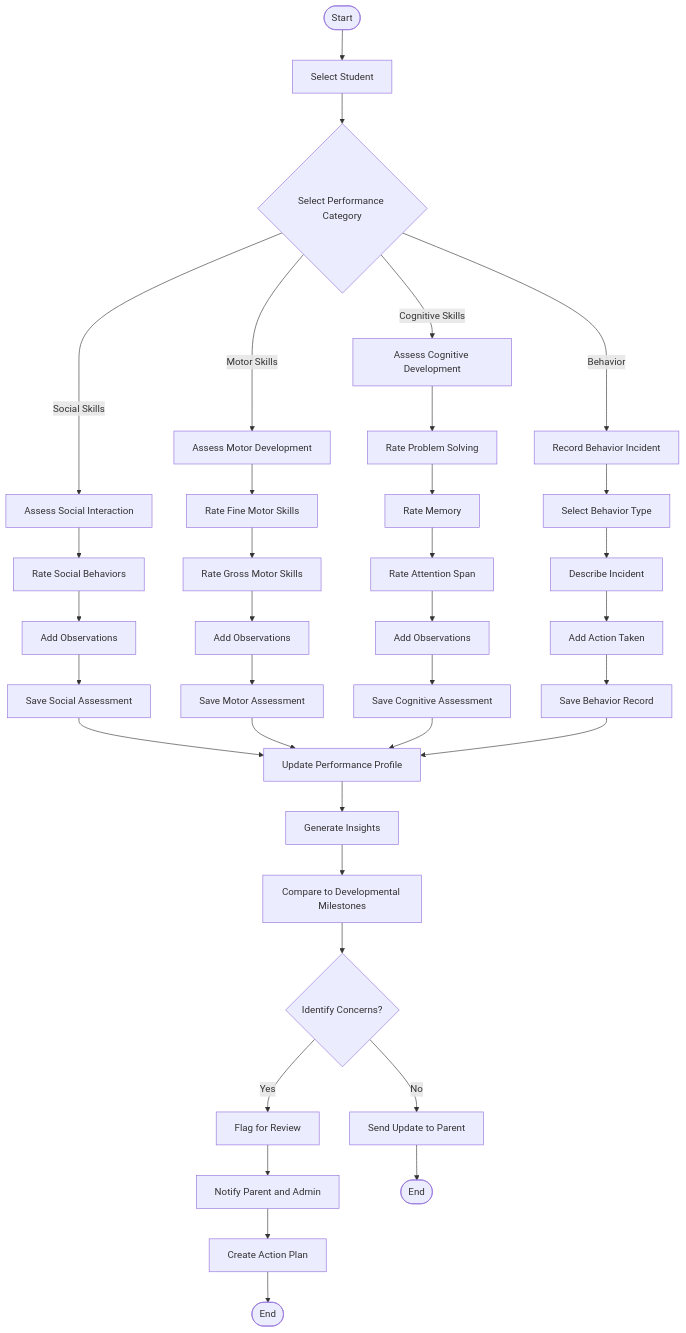
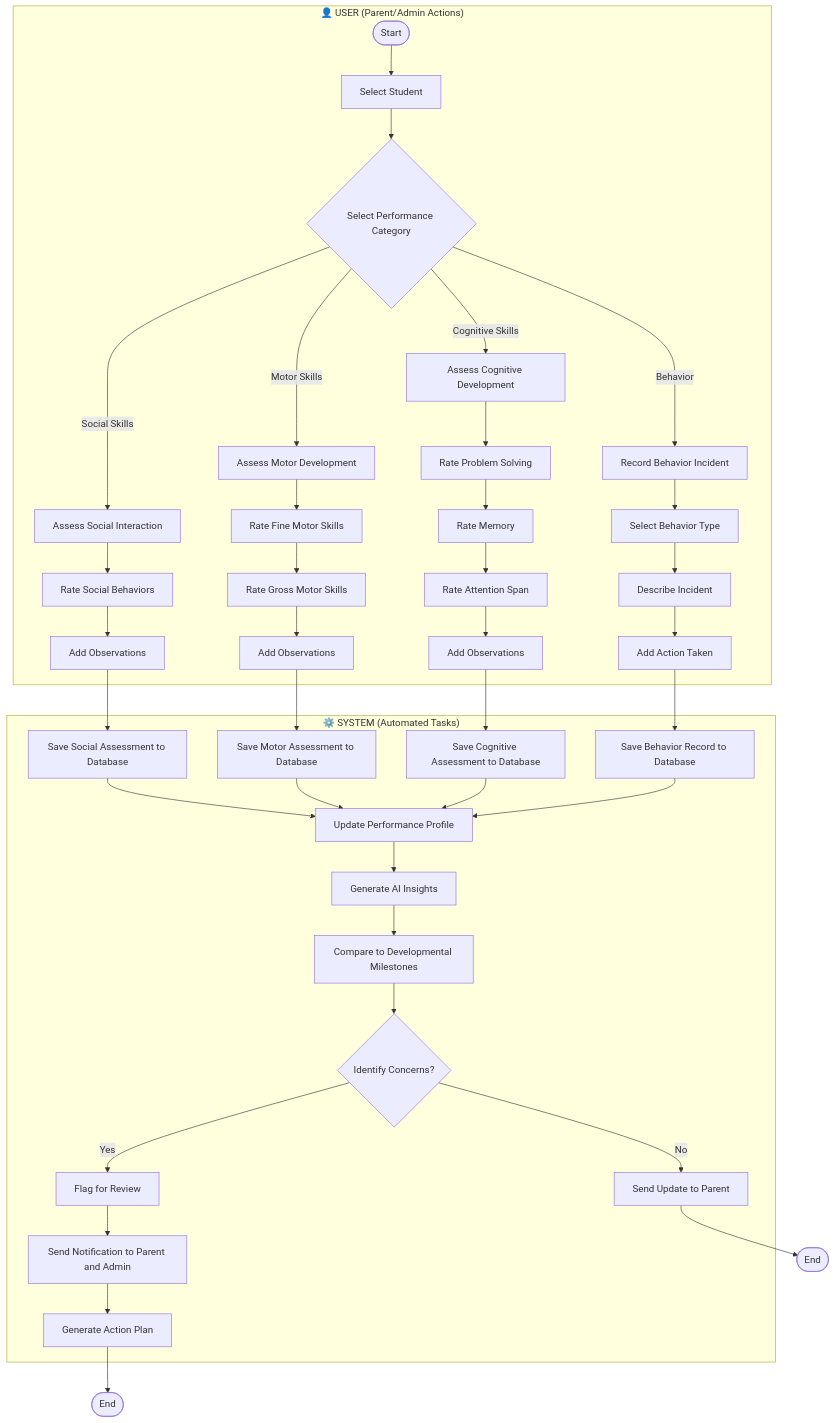
One commit to TongYwen/childfyp5 changed the tenth of 18 diagrams in diagrams.md. Above: the diagram before and after it, drawn with Mermaid. The commit also changed other lines of this file, not shown here.

First line of the commit message:
Add swimlanes to all activity diagrams (4.2.1-4.2.6) to distinguish user vs system tasks

````diff
--- a/diagrams.md
+++ b/diagrams.md
@@ -370,44 +494,81 @@
 ```mermaid
 flowchart TD
-    Start([Start]) --> SelectStudent[Select Student]
-    SelectStudent --> SelectCategory{Select Performance Category}
+    subgraph User["👤 USER (Parent/Admin Actions)"]
+        Start([Start])
+        SelectStudent[Select Student]
+        SelectCategory{Select Performance Category}
+        AssessSocial[Assess Social Interaction]
+        RateSocial[Rate Social Behaviors]
+        AddObs1[Add Observations]
+        AssessMotor[Assess Motor Development]
+        RateFineMotor[Rate Fine Motor Skills]
+        RateGrossMotor[Rate Gross Motor Skills]
+        AddObs2[Add Observations]
+        AssessCognitive[Assess Cognitive Development]
+        RateProblem[Rate Problem Solving]
+        RateMemory[Rate Memory]
+        RateAttention[Rate Attention Span]
+        AddObs3[Add Observations]
+        RecordBehavior[Record Behavior Incident]
+        SelectBehaviorType[Select Behavior Type]
+        DescribeIncident[Describe Incident]
+        AddAction[Add Action Taken]
+    end
 
-    SelectCategory -->|Social Skills| AssessSocial[Assess Social Interaction]
-    AssessSocial --> RateSocial[Rate Social Behaviors]
-    RateSocial --> AddObservations1[Add Observations]
-    AddObservations1 --> SaveSocial
+    subgraph System["⚙️ SYSTEM (Automated Tasks)"]
+        SaveSocial[Save Social Assessment to Database]
+        SaveMotor[Save Motor Assessment to Database]
+        SaveCognitive[Save Cognitive Assessment to Database]
+        SaveBehavior[Save Behavior Record to Database]
+        UpdateProfile[Update Performance Profile]
+        GenerateInsights[Generate AI Insights]
+        CompareMilestones[Compare to Developmental Milestones]
+        CheckConcerns{Identify Concerns?}
+        FlagConcerns[Flag for Review]
+        NotifyParent[Send Notification to Parent and Admin]
+        CreateActionPlan[Generate Action Plan]
+        NotifyParentUpdate[Send Update to Parent]
+    end
 
-    SelectCategory -->|Motor Skills| AssessMotor[Assess Motor Development]
-    AssessMotor --> RateFineMotor[Rate Fine Motor Skills]
-    RateFineMotor --> RateGrossMotor[Rate Gross Motor Skills]
-    RateGrossMotor --> AddObservations2[Add Observations]
-    AddObservations2 --> SaveMotor
+    Start --> SelectStudent
+    SelectStudent --> SelectCategory
 
-    SelectCategory -->|Cognitive Skills| AssessCognitive[Assess Cognitive Development]
-    AssessCognitive --> RateProblemSolving[Rate Problem Solving]
-    RateProblemSolving --> RateMemory[Rate Memory]
-    RateMemory --> RateAttention[Rate Attention Span]
-    RateAttention --> AddObservations3[Add Observations]
-    AddObservations3 --> SaveCognitive
+    SelectCategory -->|Social Skills| AssessSocial
+    AssessSocial --> RateSocial
+    RateSocial --> AddObs1
+    AddObs1 --> SaveSocial
 
-    SelectCategory -->|Behavior| RecordBehavior[Record Behavior Incident]
-    RecordBehavior --> SelectBehaviorType[Select Behavior Type]
-    SelectBehaviorType --> DescribeIncident[Describe Incident]
-    DescribeIncident --> AddAction[Add Action Taken]
+    SelectCategory -->|Motor Skills| AssessMotor
+    AssessMotor --> RateFineMotor
+    RateFineMotor --> RateGrossMotor
+    RateGrossMotor --> AddObs2
+    AddObs2 --> SaveMotor
+
+    SelectCategory -->|Cognitive Skills| AssessCognitive
+    AssessCognitive --> RateProblem
+    RateProblem --> RateMemory
+    RateMemory --> RateAttention
+    RateAttention --> AddObs3
+    AddObs3 --> SaveCognitive
+
+    SelectCategory -->|Behavior| RecordBehavior
+    RecordBehavior --> SelectBehaviorType
+    SelectBehaviorType --> DescribeIncident
+    DescribeIncident --> AddAction
     AddAction --> SaveBehavior
 
-    SaveSocial[Save Social Assessment] --> UpdateProfile
-    SaveMotor[Save Motor Assessment] --> UpdateProfile
-    SaveCognitive[Save Cognitive Assessment] --> UpdateProfile
-    SaveBehavior[Save Behavior Record] --> UpdateProfile
+    SaveSocial --> UpdateProfile
+    SaveMotor --> UpdateProfile
+    SaveCognitive --> UpdateProfile
+    SaveBehavior --> UpdateProfile
 
-    UpdateProfile[Update Performance Profile] --> GenerateInsights[Generate Insights]
-    GenerateInsights --> CompareMilestones[Compare to Developmental Milestones]
-    CompareMilestones --> CheckConcerns{Identify Concerns?}
-    CheckConcerns -->|Yes| FlagConcerns[Flag for Review]
-    FlagConcerns --> NotifyParent[Notify Parent and Admin]
-    NotifyParent --> CreateActionPlan[Create Action Plan]
+    UpdateProfile --> GenerateInsights
+    GenerateInsights --> CompareMilestones
+    CompareMilestones --> CheckConcerns
+    CheckConcerns -->|Yes| FlagConcerns
+    FlagConcerns --> NotifyParent
+    NotifyParent --> CreateActionPlan
     CreateActionPlan --> End1([End])
-    CheckConcerns -->|No| NotifyParentUpdate[Send Update to Parent]
+    CheckConcerns -->|No| NotifyParentUpdate
     NotifyParentUpdate --> End2([End])
 ```
````
